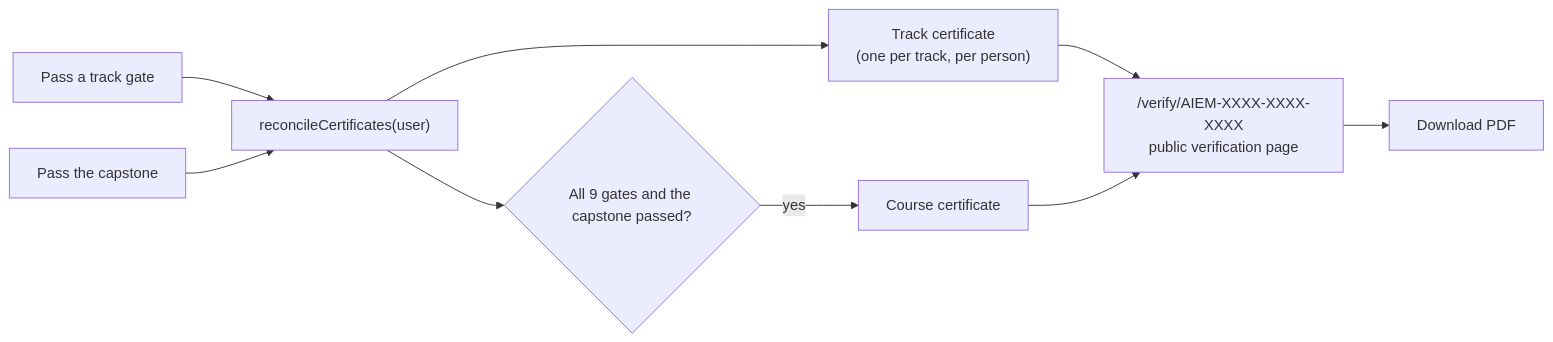
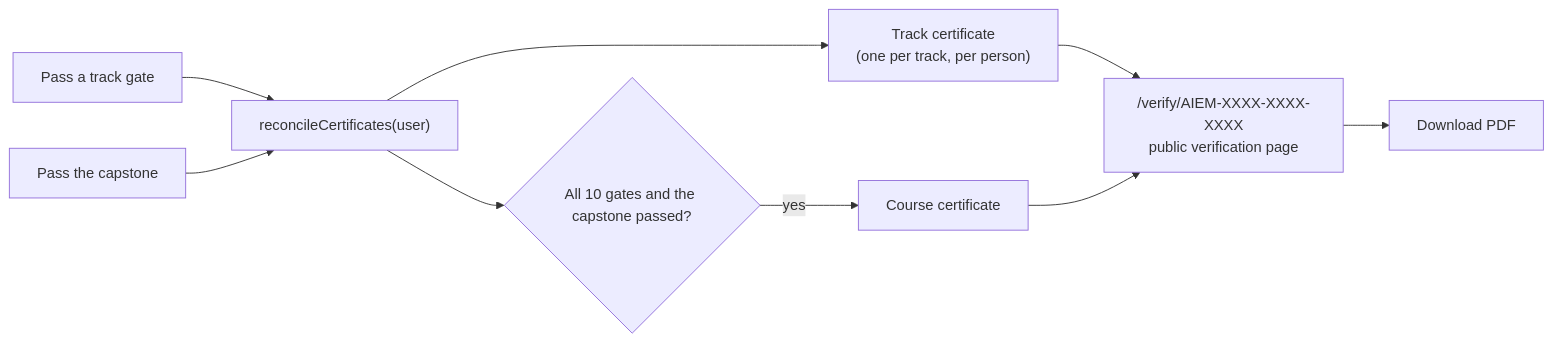
Before and after one commit to sairaghukiran14/AIEM: the first of 5 diagrams in README.md, drawn with Mermaid. The commit also changed other lines of this file and 25 other files, not shown here.

````diff
--- a/README.md
+++ b/README.md
@@ -117,11 +119,11 @@
 ```mermaid
 flowchart LR
     G["Pass a track gate"] --> R["reconcileCertificates(user)"]
     CAP["Pass the capstone"] --> R
     R --> T["Track certificate<br/>(one per track, per person)"]
-    R --> C{"All 9 gates and the capstone passed?"}
+    R --> C{"All 10 gates and the capstone passed?"}
     C -- yes --> K["Course certificate"]
     T --> V["/verify/AIEM-XXXX-XXXX-XXXX<br/>public verification page"]
     K --> V
     V --> P["Download PDF"]
 ```
````
